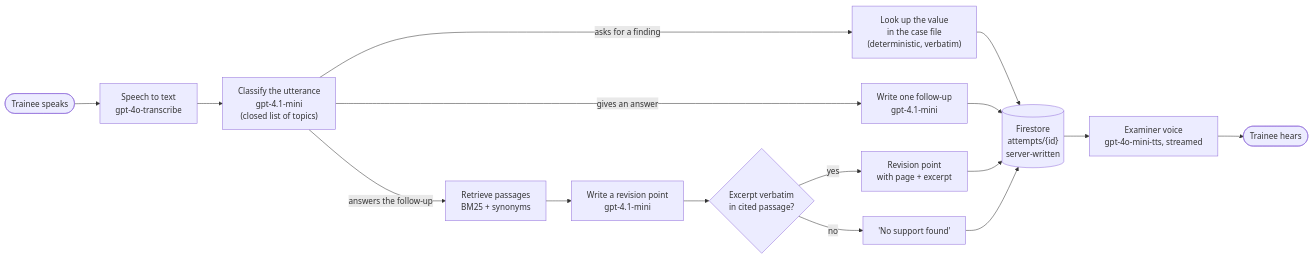
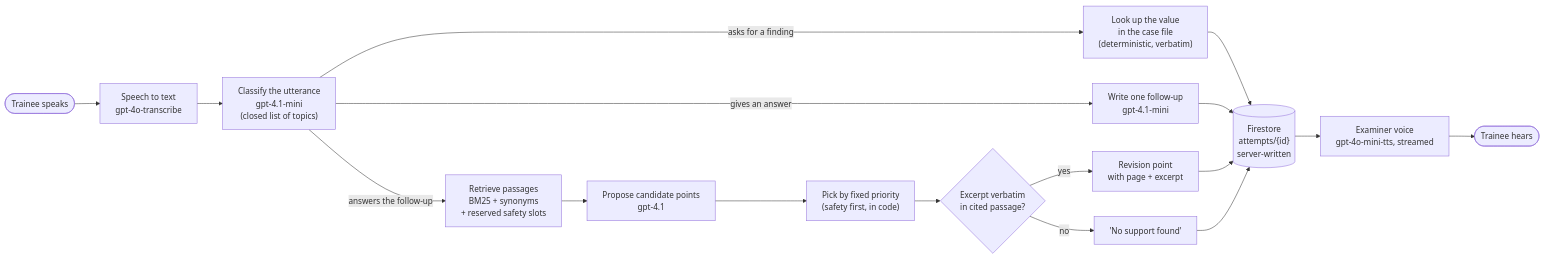
Before and after one commit to pyxon-solutions/eye-academy-viva: the diagram in README.md, drawn with Mermaid. The commit also changed other lines of this file and 8 other files, not shown here.

First line of the commit message:
feat: safety-first follow-up and revision point; varied off-topic nudges

````diff
--- a/README.md
+++ b/README.md
@@ -15,18 +15,19 @@
 ```mermaid
 flowchart LR
     mic([Trainee speaks]) --> stt["Speech to text<br/>gpt-4o-transcribe"]
     stt --> intent["Classify the utterance<br/>gpt-4.1-mini<br/>(closed list of topics)"]
     intent -- "asks for a finding" --> lookup["Look up the value<br/>in the case file<br/>(deterministic, verbatim)"]
     intent -- "gives an answer" --> follow["Write one follow-up<br/>gpt-4.1-mini"]
-    intent -- "answers the follow-up" --> retrieve["Retrieve passages<br/>BM25 + synonyms"]
-    retrieve --> revise["Write a revision point<br/>gpt-4.1-mini"]
-    revise --> guard{"Excerpt verbatim<br/>in cited passage?"}
+    intent -- "answers the follow-up" --> retrieve["Retrieve passages<br/>BM25 + synonyms<br/>+ reserved safety slots"]
+    retrieve --> revise["Propose candidate points<br/>gpt-4.1"]
+    revise --> pick["Pick by fixed priority<br/>(safety first, in code)"]
+    pick --> guard{"Excerpt verbatim<br/>in cited passage?"}
     guard -- yes --> card["Revision point<br/>with page + excerpt"]
     guard -- no --> nosupport["'No support found'"]
     lookup --> save[("Firestore<br/>attempts/{id}<br/>server-written")]
     follow --> save
     card --> save
     nosupport --> save
     save --> tts["Examiner voice<br/>gpt-4o-mini-tts, streamed"]
     tts --> ear([Trainee hears])
 ```
````
